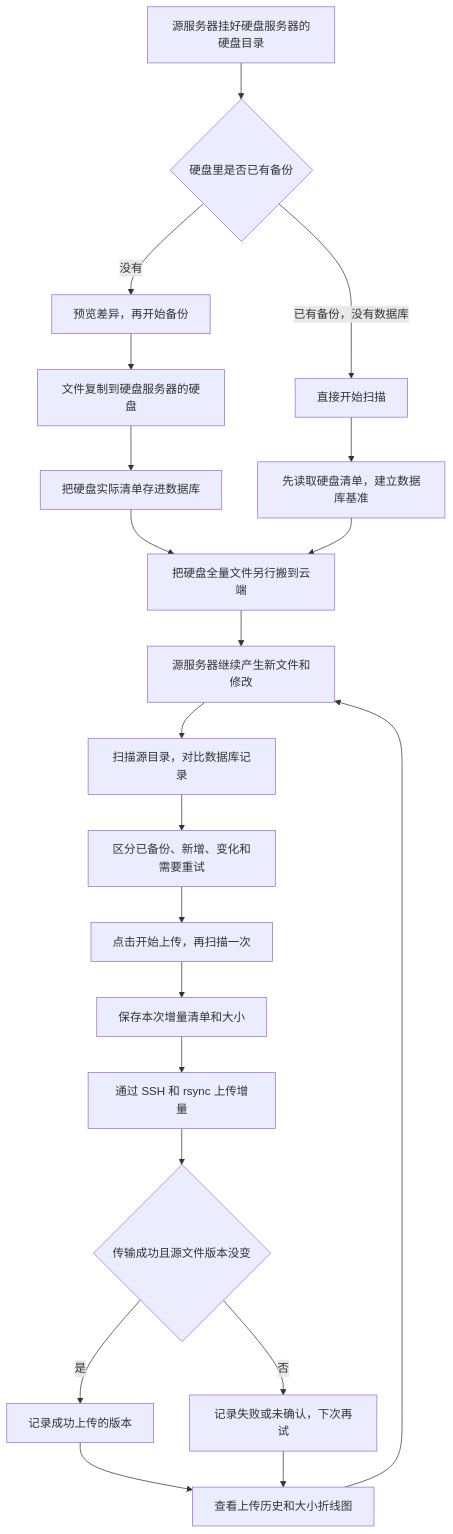
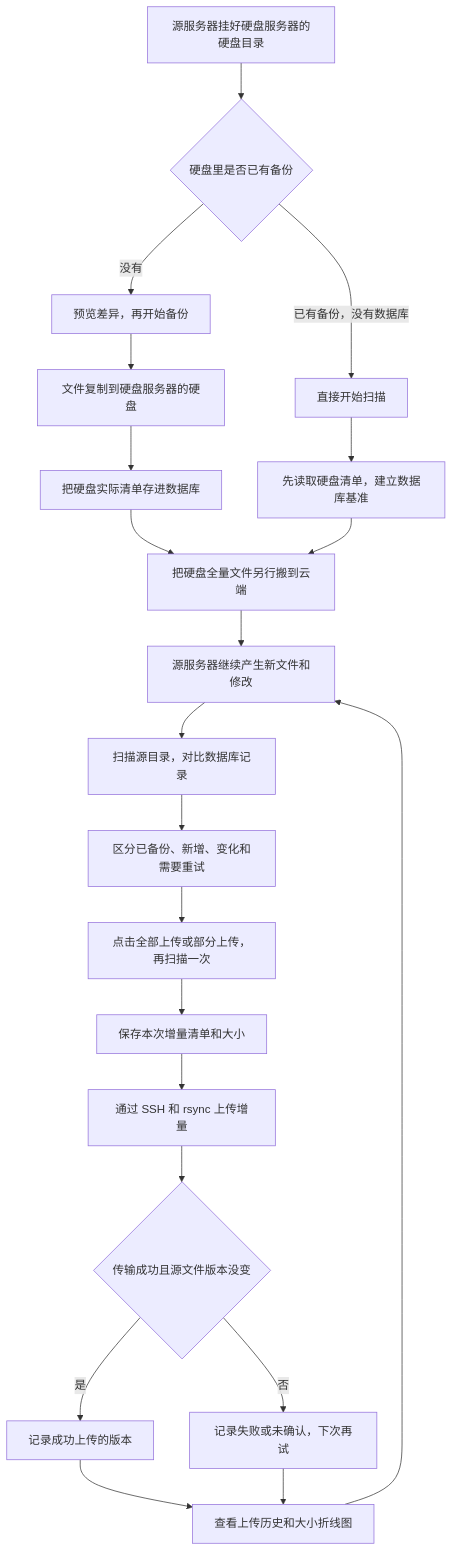
Before and after one commit to IamLph/ScanSyncBackup: the diagram in datail.md, drawn with Mermaid. The commit also changed other lines of this file and 15 other files, not shown here.

````diff
--- a/datail.md
+++ b/datail.md
@@ -29,23 +29,23 @@
 ```mermaid
 flowchart TD
     A[源服务器挂好硬盘服务器的硬盘目录] --> B{硬盘里是否已有备份}
     B -->|没有| C[预览差异，再开始备份]
     C --> D[文件复制到硬盘服务器的硬盘]
     D --> E[把硬盘实际清单存进数据库]
     B -->|已有备份，没有数据库| F[直接开始扫描]
     F --> G[先读取硬盘清单，建立数据库基准]
     E --> H[把硬盘全量文件另行搬到云端]
     G --> H
     H --> I[源服务器继续产生新文件和修改]
     I --> J[扫描源目录，对比数据库记录]
     J --> K[区分已备份、新增、变化和需要重试]
-    K --> L[点击开始上传，再扫描一次]
+    K --> L[点击全部上传或部分上传，再扫描一次]
     L --> M[保存本次增量清单和大小]
     M --> N[通过 SSH 和 rsync 上传增量]
     N --> O{传输成功且源文件版本没变}
     O -->|是| P[记录成功上传的版本]
     O -->|否| Q[记录失败或未确认，下次再试]
     P --> R[查看上传历史和大小折线图]
     Q --> R
     R --> I
 ```
````
